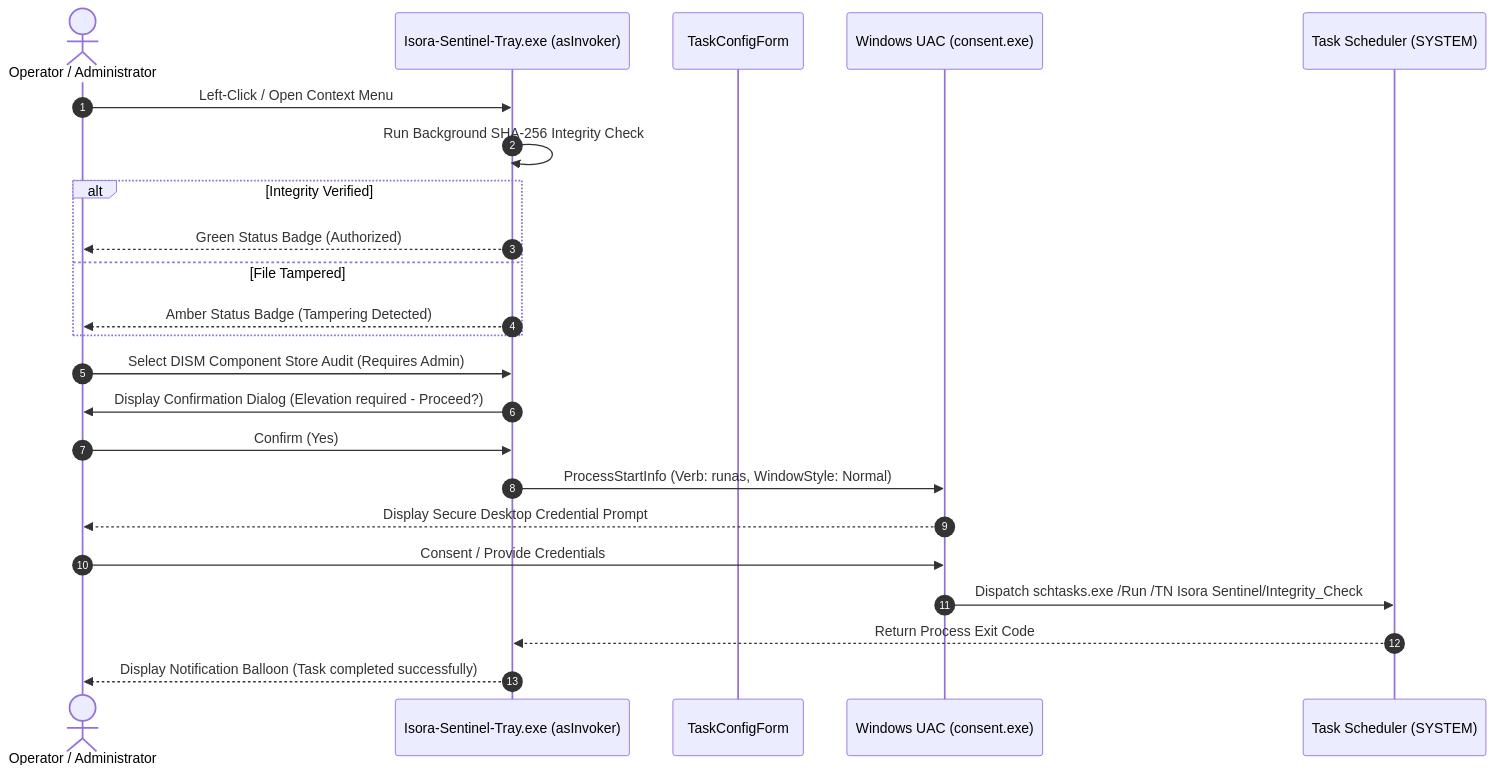
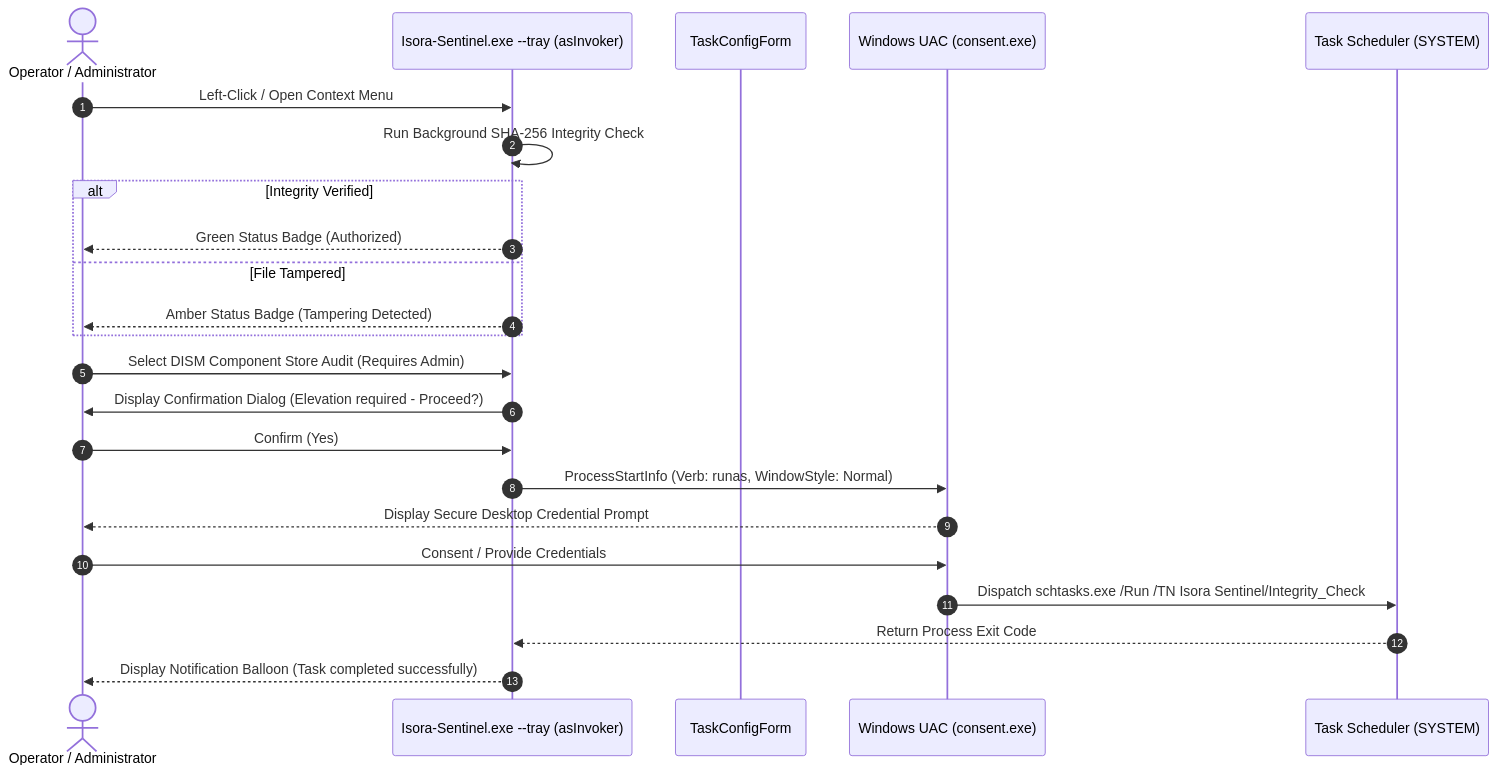
The third of 5 diagrams in docs/ARCHITECTURE.md (isora-cloud-group/Isora-Sentinel), drawn with Mermaid before and after one commit. The commit also changed other lines of this file and 22 other files, not shown here.

````diff
--- a/docs/ARCHITECTURE.md
+++ b/docs/ARCHITECTURE.md
@@ -110,27 +110,27 @@
 ```mermaid
 sequenceDiagram
     autonumber
     actor User as Operator / Administrator
-    participant Tray as Isora-Sentinel-Tray.exe (asInvoker)
+    participant Tray as Isora-Sentinel.exe --tray (asInvoker)
     participant Config as TaskConfigForm
     participant UAC as Windows UAC (consent.exe)
     participant Sched as Task Scheduler (SYSTEM)
 
     User->>Tray: Left-Click / Open Context Menu
     Tray->>Tray: Run Background SHA-256 Integrity Check
     alt Integrity Verified
         Tray-->>User: Green Status Badge (Authorized)
     else File Tampered
         Tray-->>User: Amber Status Badge (Tampering Detected)
     end
 
     User->>Tray: Select DISM Component Store Audit (Requires Admin)
     Tray->>User: Display Confirmation Dialog (Elevation required - Proceed?)
     User->>Tray: Confirm (Yes)
     Tray->>UAC: ProcessStartInfo (Verb: runas, WindowStyle: Normal)
     UAC-->>User: Display Secure Desktop Credential Prompt
     User->>UAC: Consent / Provide Credentials
     UAC->>Sched: Dispatch schtasks.exe /Run /TN Isora Sentinel/Integrity_Check
     Sched-->>Tray: Return Process Exit Code
     Tray-->>User: Display Notification Balloon (Task completed successfully)
 ```
````
